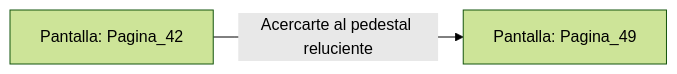
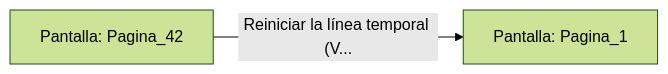
Before and after one commit to metsuke/mpl: the diagram in sample/eligejuego-vault/Pantalla_Pagina_42.md, drawn with Mermaid (forest theme). The commit also changed other lines of this file and 635 other files, not shown here.

First line of the commit message:
fix: añadir Pagina_1 como pantalla inicial en capitulo_01.mpl

````diff
--- a/sample/eligejuego-vault/Pantalla_Pagina_42.md
+++ b/sample/eligejuego-vault/Pantalla_Pagina_42.md
@@ -14,5 +17,5 @@
 ```mermaid
 graph LR
     P_Pagina_42["Pantalla: Pagina_42"]
-    P_Pagina_42 -->|"Acercarte al pedestal reluciente"| P_Pagina_49["Pantalla: Pagina_49"]
+    P_Pagina_42 -->|"Reiniciar la línea temporal (V..."| P_Pagina_1["Pantalla: Pagina_1"]
 ```
````
